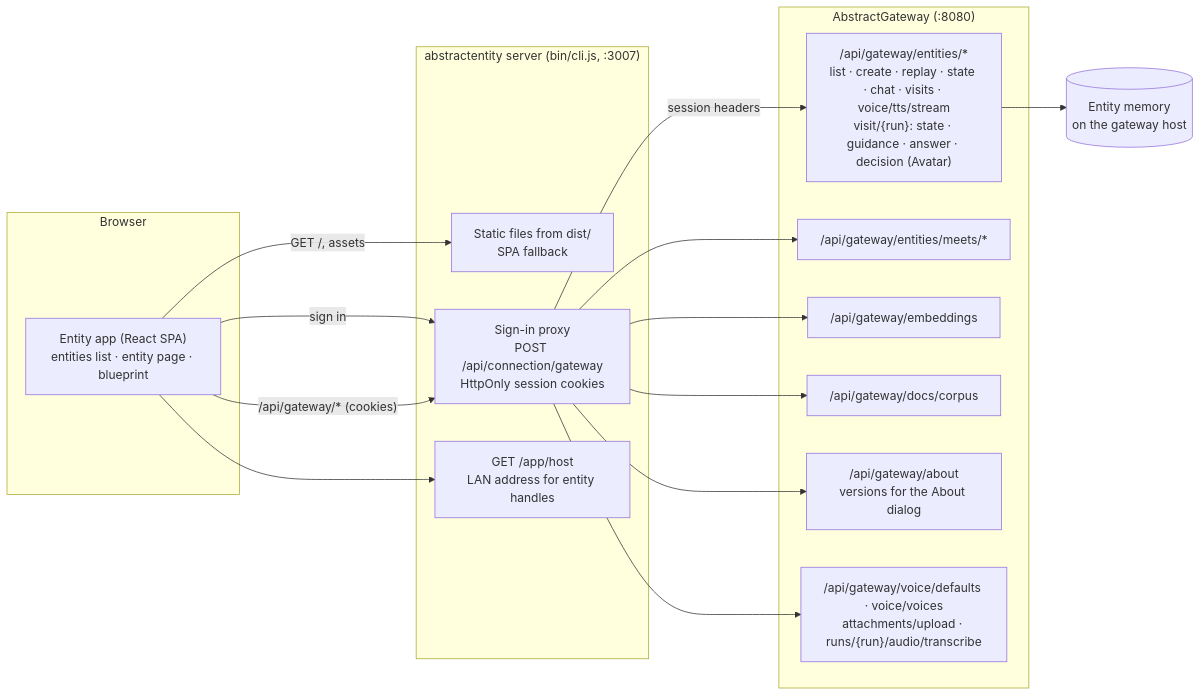
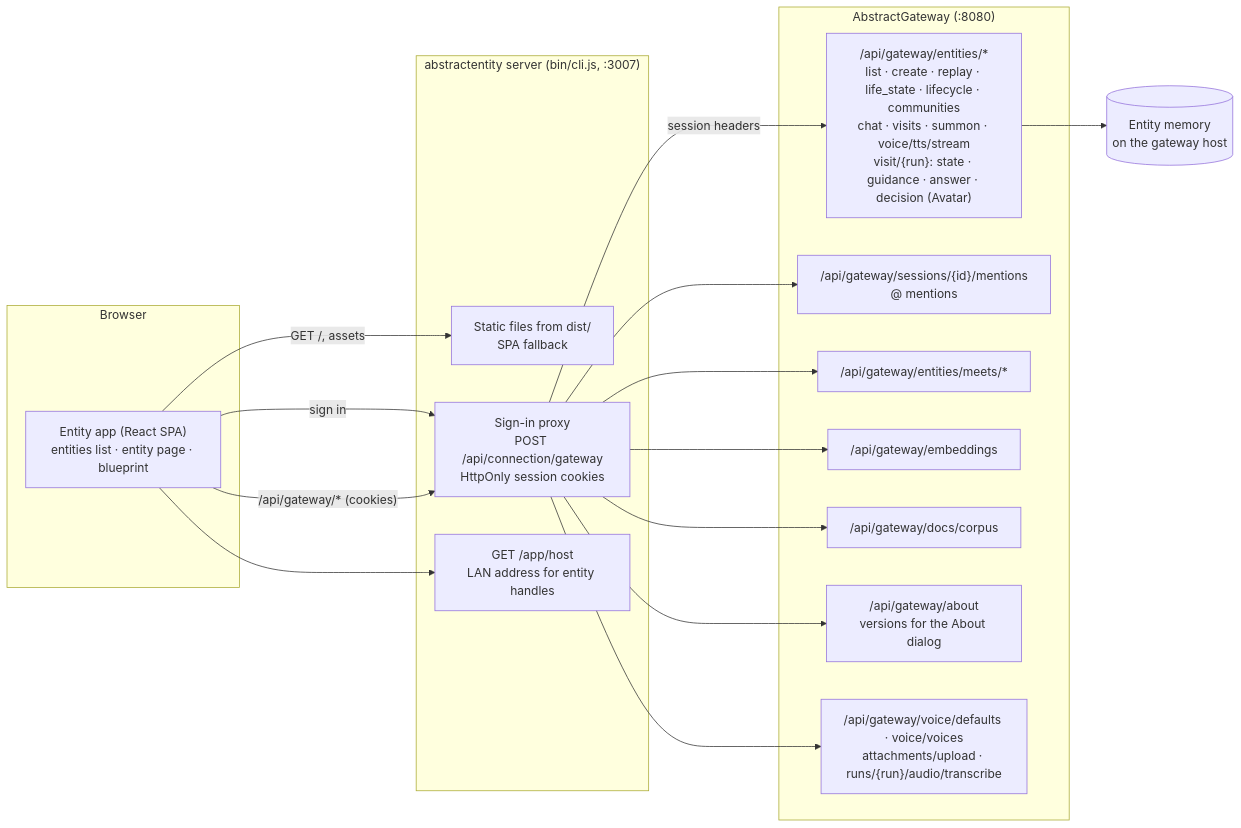
Before and after one commit to lpalbou/AbstractEntity: the first of 4 diagrams in docs/architecture.md, drawn with Mermaid. The commit also changed other lines of this file and 10 other files, not shown here.

````diff
--- a/docs/architecture.md
+++ b/docs/architecture.md
@@ -15,32 +15,34 @@
 ```mermaid
 flowchart LR
   subgraph Browser
     SPA["Entity app (React SPA)<br/>entities list · entity page · blueprint"]
   end
   subgraph Server["abstractentity server (bin/cli.js, :3007)"]
     Static["Static files from dist/<br/>SPA fallback"]
     Proxy["Sign-in proxy<br/>POST /api/connection/gateway<br/>HttpOnly session cookies"]
     Host["GET /app/host<br/>LAN address for entity handles"]
   end
   subgraph Gateway["AbstractGateway (:8080)"]
-    Entities["/api/gateway/entities/*<br/>list · create · replay · state · chat · visits · voice/tts/stream<br/>visit/{run}: state · guidance · answer · decision (Avatar)"]
+    Entities["/api/gateway/entities/*<br/>list · create · replay · life_state · lifecycle · communities<br/>chat · visits · summon · voice/tts/stream<br/>visit/{run}: state · guidance · answer · decision (Avatar)"]
+    Sessions["/api/gateway/sessions/{id}/mentions<br/>@ mentions"]
     Meets["/api/gateway/entities/meets/*"]
     Embed["/api/gateway/embeddings"]
     Docs["/api/gateway/docs/corpus"]
     About["/api/gateway/about<br/>versions for the About dialog"]
     Voice["/api/gateway/voice/defaults · voice/voices<br/>attachments/upload · runs/{run}/audio/transcribe"]
   end
   Memory[("Entity memory<br/>on the gateway host")]
 
   SPA -- "GET /, assets" --> Static
   SPA -- "sign in" --> Proxy
   SPA -- "/api/gateway/* (cookies)" --> Proxy
   SPA --> Host
   Proxy -- "session headers" --> Entities
   Proxy --> Meets
+  Proxy --> Sessions
   Proxy --> Embed
   Proxy --> Docs
   Proxy --> About
   Proxy --> Voice
   Entities --> Memory
 ```
````
